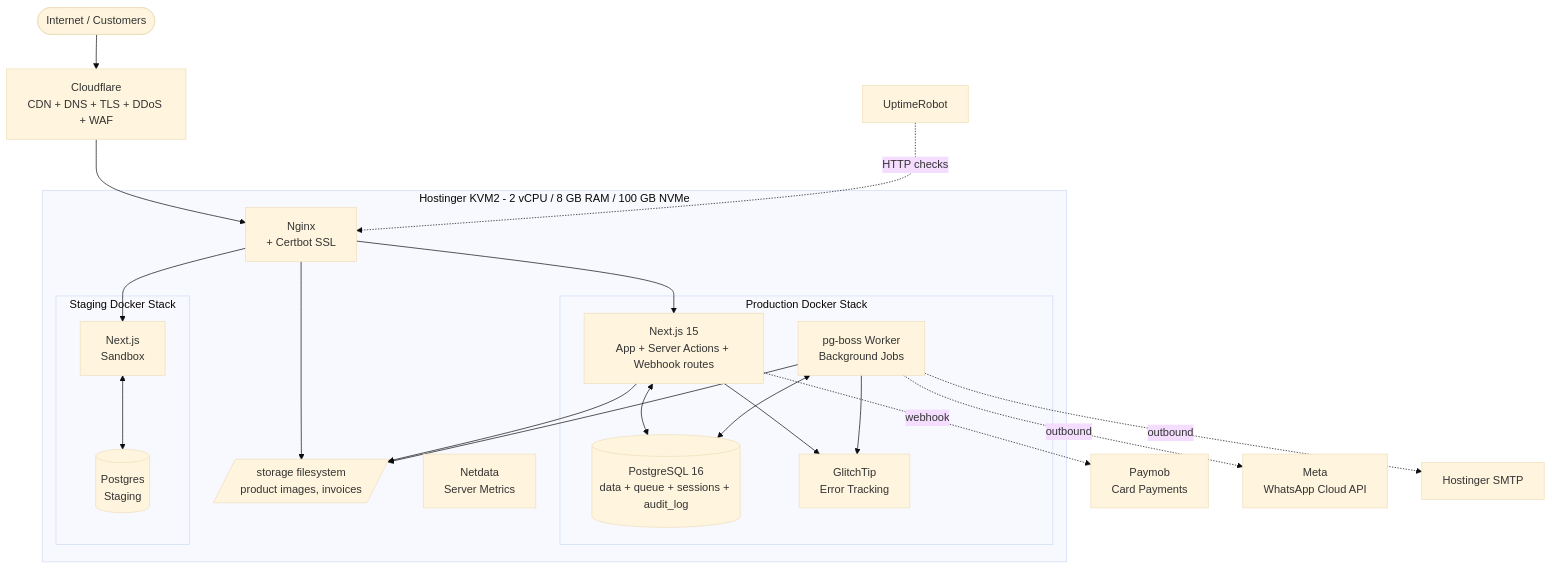
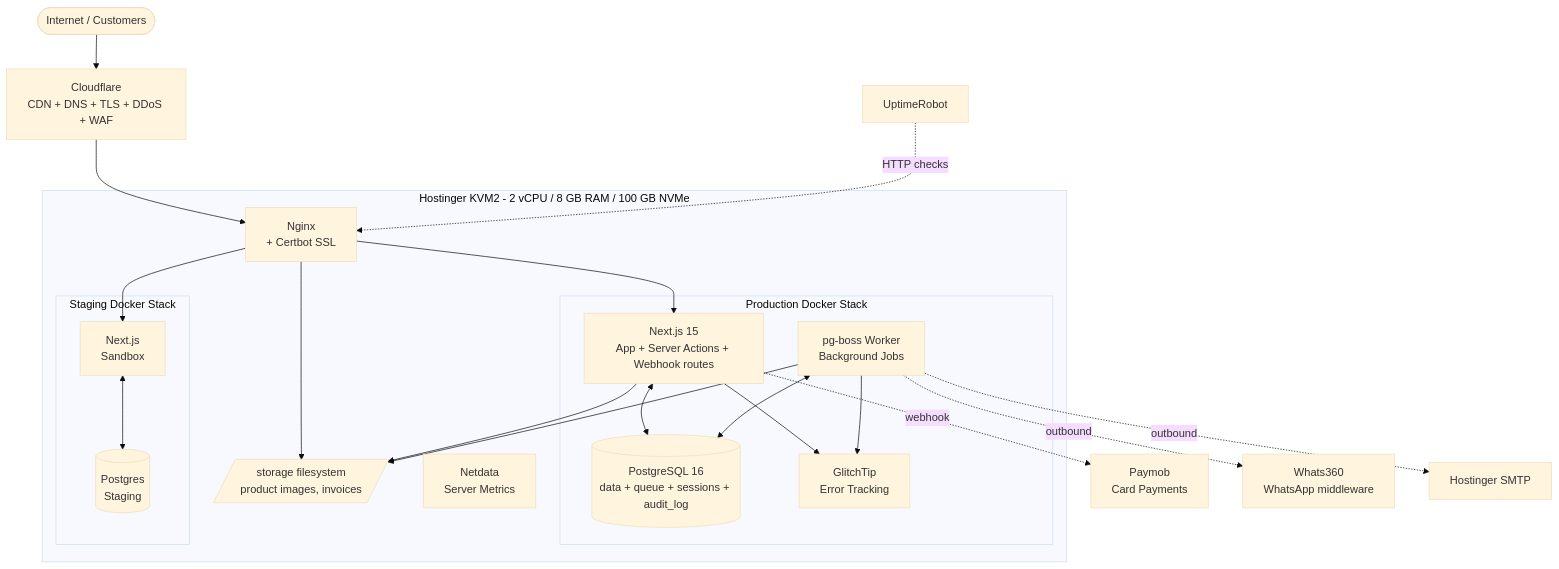
The diagram in docs/architecture.md (Omar-Anwar-Dev/printbyfalcon-v1), drawn with Mermaid (base theme) before and after one commit. The commit also changed other lines of this file and 54 other files, not shown here.

````diff
--- a/docs/architecture.md
+++ b/docs/architecture.md
@@ -40,43 +40,43 @@
 ```mermaid
 flowchart TB
     Internet([Internet / Customers])
     CF[Cloudflare<br/>CDN + DNS + TLS + DDoS + WAF]
 
     subgraph VPS [Hostinger KVM2 - 2 vCPU / 8 GB RAM / 100 GB NVMe]
         Nginx[Nginx<br/>+ Certbot SSL]
 
         subgraph Prod [Production Docker Stack]
             Next[Next.js 15<br/>App + Server Actions + Webhook routes]
             Worker[pg-boss Worker<br/>Background Jobs]
             PG[(PostgreSQL 16<br/>data + queue + sessions + audit_log)]
             GT[GlitchTip<br/>Error Tracking]
         end
 
         subgraph Stage [Staging Docker Stack]
             NextS[Next.js<br/>Sandbox]
             PGS[(Postgres<br/>Staging)]
         end
 
         FS[/storage filesystem<br/>product images, invoices/]
         Netdata[Netdata<br/>Server Metrics]
     end
 
     Internet --> CF
     CF --> Nginx
     Nginx --> Next
     Nginx --> NextS
     Nginx --> FS
     Next <--> PG
     Worker <--> PG
     Next --> FS
     Worker --> FS
     Next --> GT
     Worker --> GT
     NextS <--> PGS
 
     Next -. webhook .-> Paymob[Paymob<br/>Card Payments]
-    Worker -. outbound .-> Meta[Meta<br/>WhatsApp Cloud API]
+    Worker -. outbound .-> W360[Whats360<br/>WhatsApp middleware]
     Worker -. outbound .-> SMTP[Hostinger SMTP]
 
     UR[UptimeRobot] -. HTTP checks .-> Nginx
 ```
````
